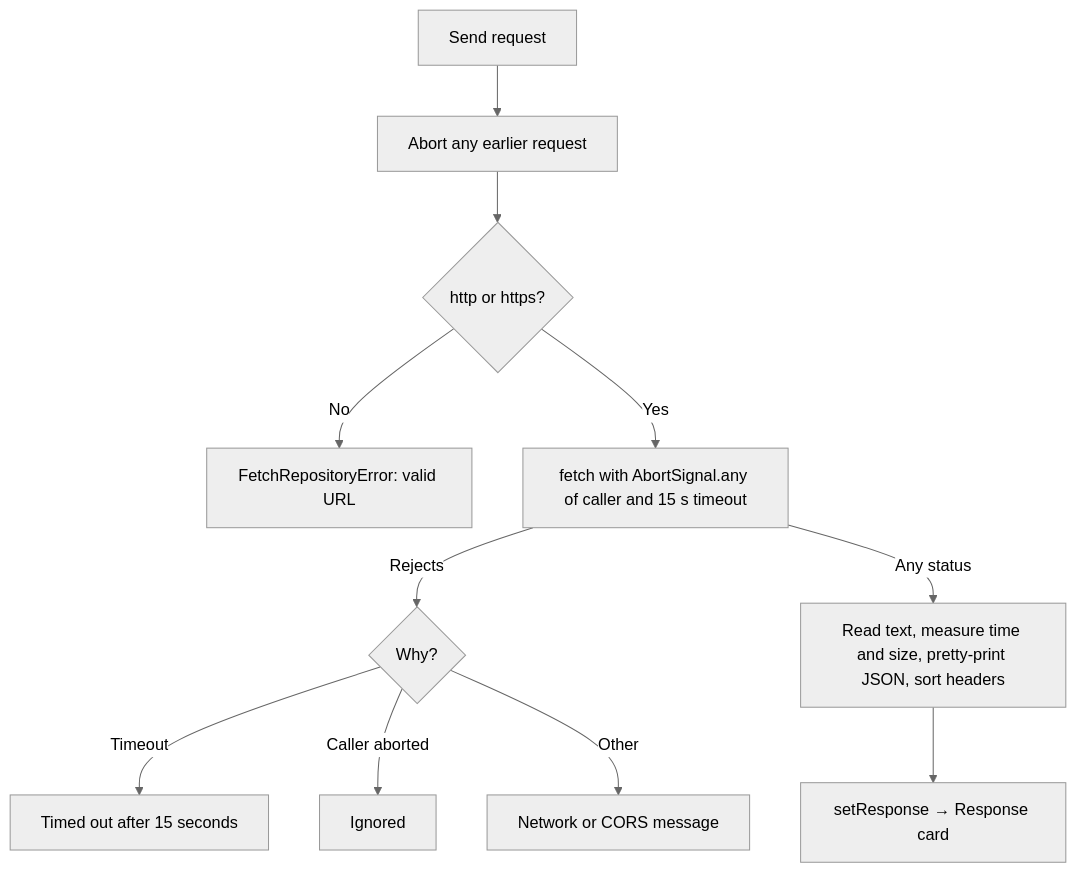
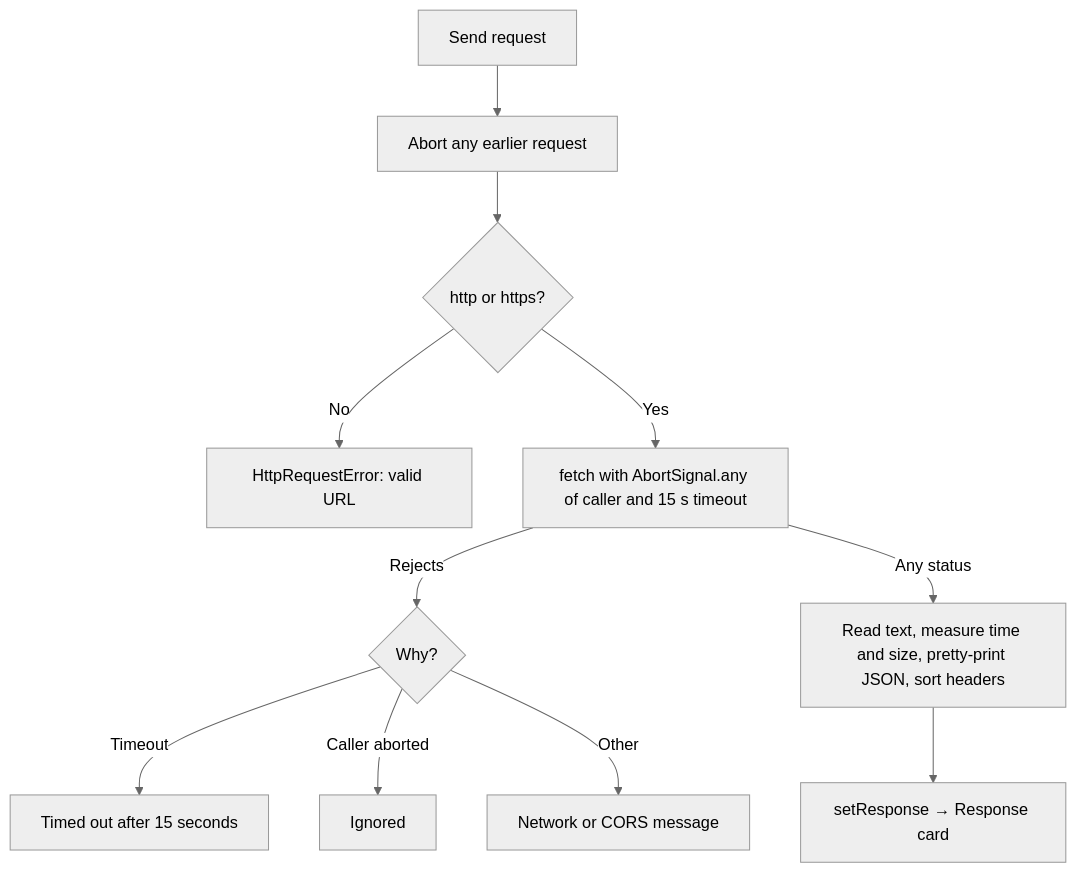
The diagram in doc/specs/features/httpclient/fetch/fetch_detail_design.md (gjp-ai/gjp-lab-web-react), drawn with Mermaid (neutral theme) before and after one commit. The commit also changed other lines of this file and 39 other files, not shown here.

````diff
--- a/doc/specs/features/httpclient/fetch/fetch_detail_design.md
+++ b/doc/specs/features/httpclient/fetch/fetch_detail_design.md
@@ -37,13 +27,13 @@
 ```mermaid
 flowchart TD
     Send[Send request] --> Abort[Abort any earlier request]
     Abort --> Validate{http or https?}
-    Validate -->|No| Invalid[FetchRepositoryError: valid URL]
+    Validate -->|No| Invalid[HttpRequestError: valid URL]
     Validate -->|Yes| Fetch[fetch with AbortSignal.any of caller and 15 s timeout]
     Fetch -->|Rejects| Kind{Why?}
     Kind -->|Timeout| Timeout[Timed out after 15 seconds]
     Kind -->|Caller aborted| Silent[Ignored]
     Kind -->|Other| Network[Network or CORS message]
     Fetch -->|Any status| Read[Read text, measure time and size, pretty-print JSON, sort headers]
     Read --> Show[setResponse → Response card]
 ```
````
